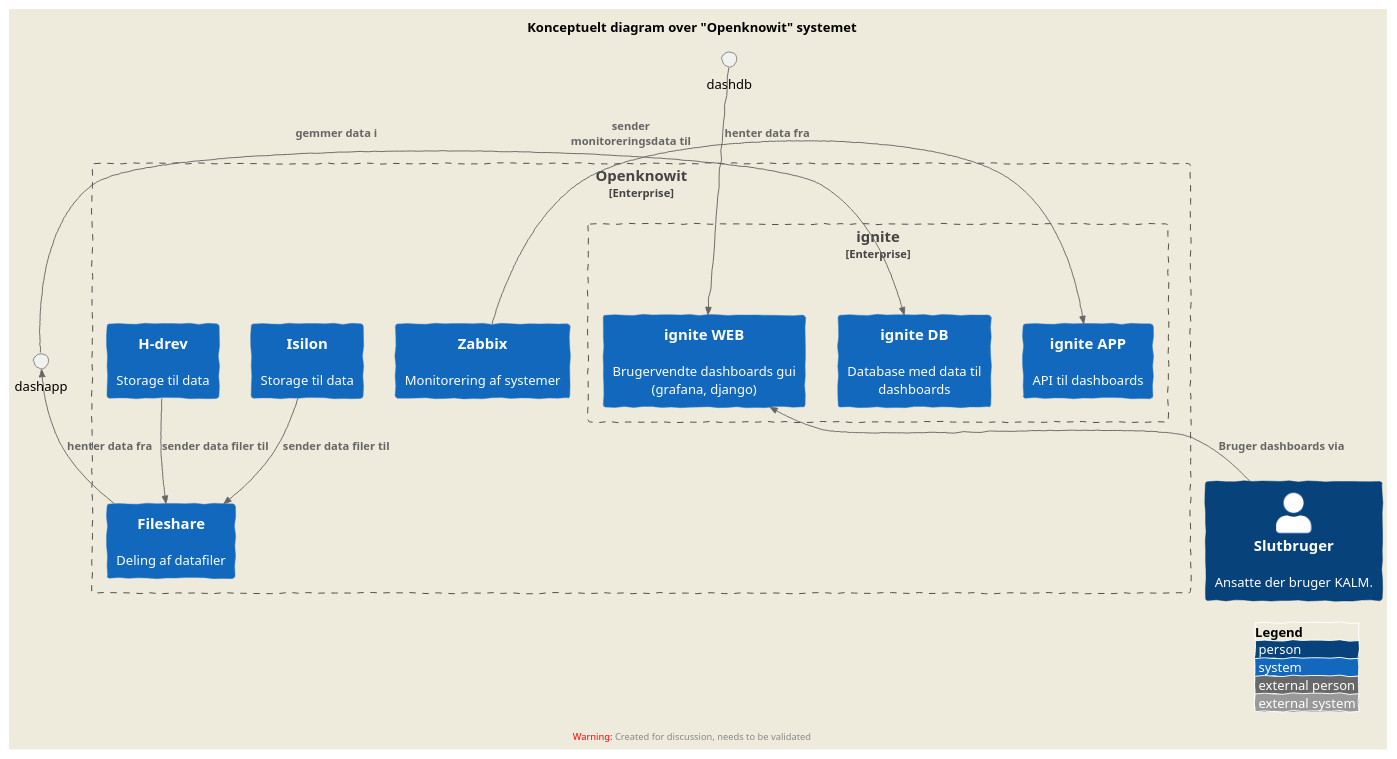
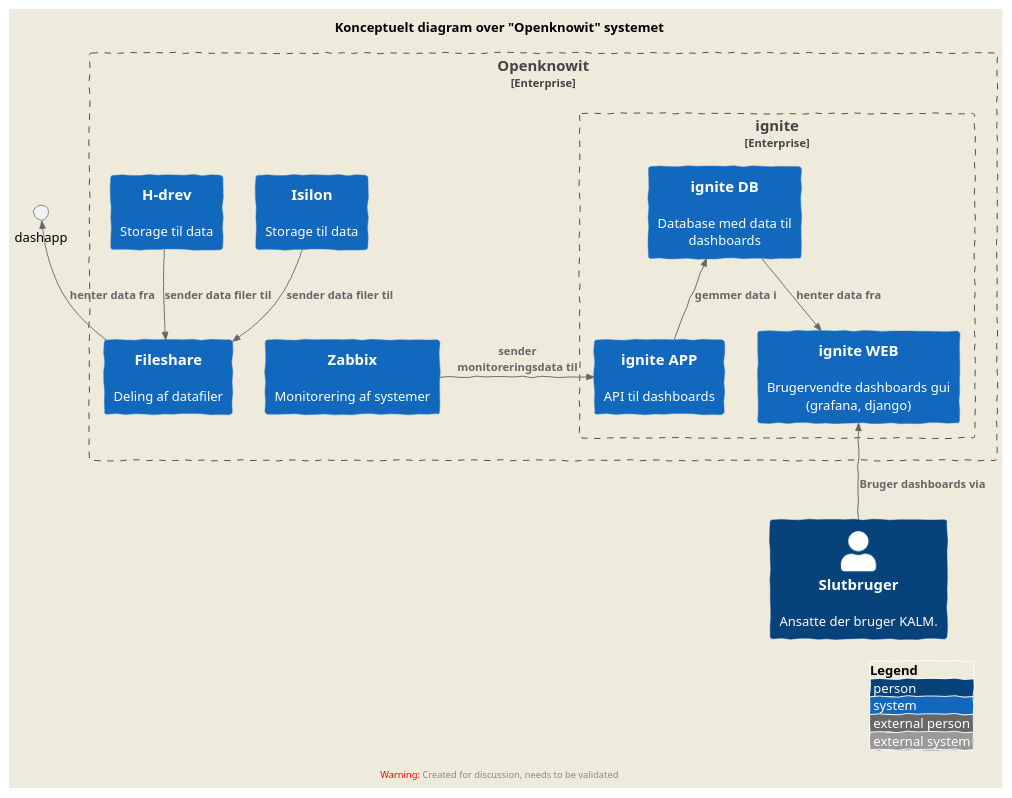
The diagram in diagrams/openknowit.puml (JakobHolstDK/infowall), drawn with PlantUML before and after one commit.

```diff
--- a/diagrams/openknowit.puml
+++ b/diagrams/openknowit.puml
@@ -2,38 +2,38 @@
 @startuml
 !include https://raw.githubusercontent.com/plantuml-stdlib/C4-PlantUML/master/C4_Context.puml
 
 ' uncomment the following line and comment the first to use locally
 ' !include C4_Context.puml
 
 LAYOUT_TOP_DOWN()
 LAYOUT_AS_SKETCH()
 LAYOUT_WITH_LEGEND()
 
 
 title  Konceptuelt diagram over "Openknowit" systemet
 
 Person(customer, "Slutbruger", "Ansatte der bruger KALM.")
 Enterprise_Boundary(c0, "Openknowit", "Openknowit systemet") {
 System(isilon, "Isilon", "Storage til data")
 System(Hdrives, "H-drev", "Storage til data")
 System(zabbix, "Zabbix", "Monitorering af systemer")
 System(fileshare, "Fileshare", "Deling af datafiler")
 
 
 
 
 Enterprise_Boundary(c1, "ignite", "ignnitesystemet") {
     System(ignitedb, "ignite DB", "Database med data til dashboards")
     System(igniteweb, "ignite WEB", "Brugervendte dashboards gui (grafana, django)")
     System(igniteapp, "ignite APP", "API til dashboards")
 }
 }
 Rel_U(customer, igniteweb, "Bruger dashboards via")
 Rel_D(isilon, fileshare, "sender data filer til")
 Rel_D(Hdrives, fileshare, "sender data filer til")
 Rel_U(fileshare, dashapp, "henter data fra")
 Rel_Neighbor(zabbix, igniteapp, "sender monitoreringsdata til")
-Rel_U(dashapp, ignitedb, "gemmer data i")
-Rel_D(dashdb, igniteweb, "henter data fra")
+Rel_U(igniteapp, ignitedb, "gemmer data i")
+Rel_D(ignitedb, igniteweb, "henter data fra")
 
 @enduml
```
